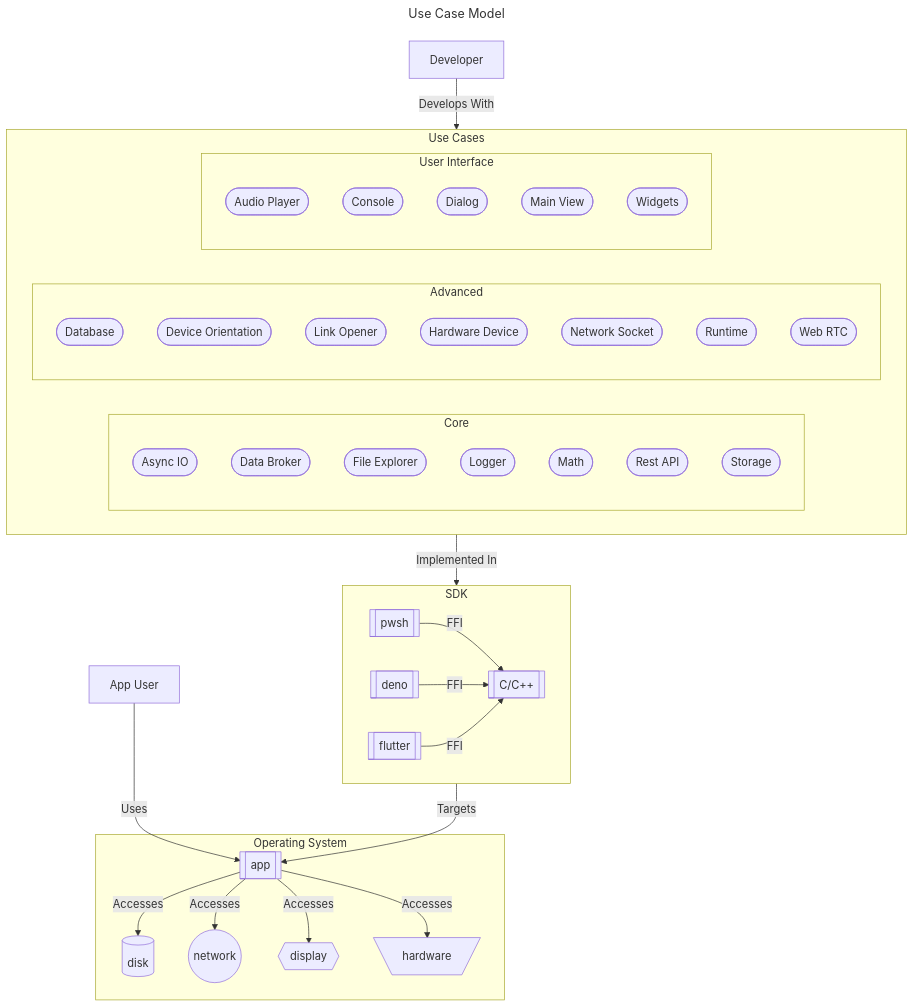
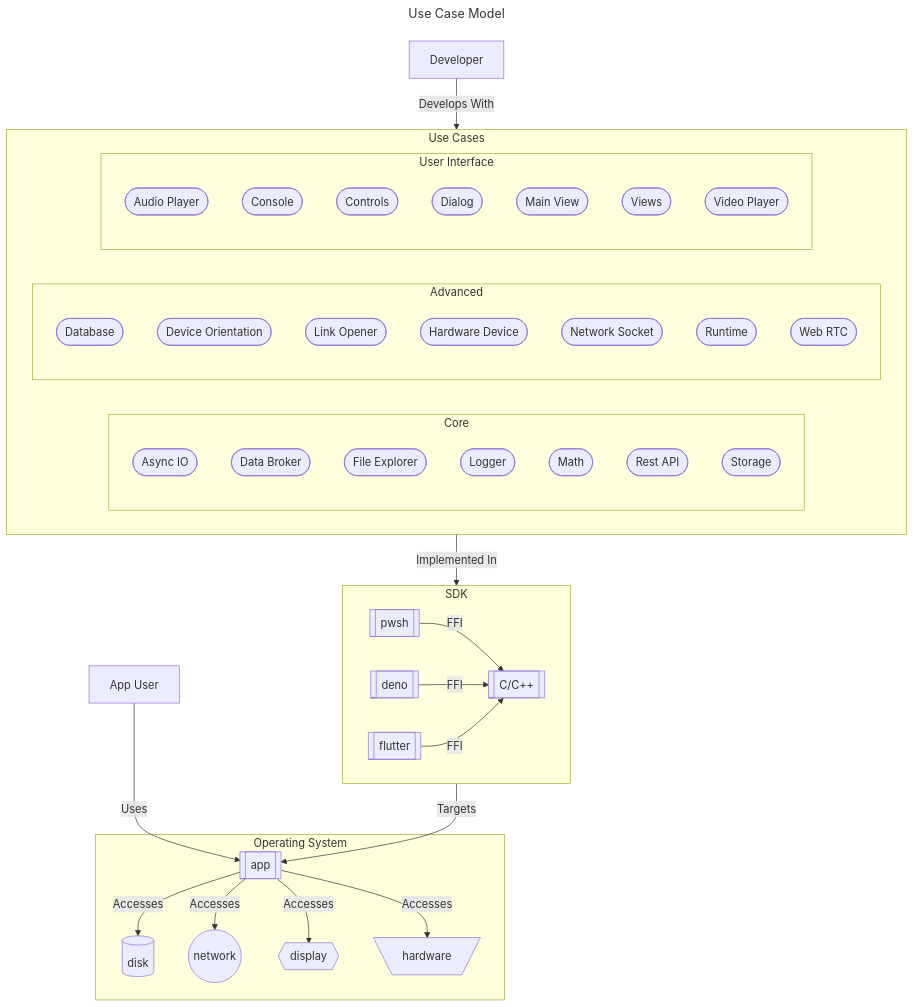
Before and after one commit to CodeMelted/codemelted_developer: the diagram in README.md, drawn with Mermaid. The commit also changed other lines of this file and 1 other file, not shown here.

Commit message:
Most of flutter module refactor from old play code completed. Updated use case models as I learn more. Will start fleshing out each of the use cases now and perfecting flutter documentation.

````diff
--- a/README.md
+++ b/README.md
@@ -29,57 +29,59 @@
 ```mermaid
 ---
 title: Use Case Model
 ---
 flowchart TD
     subgraph ucModel[Use Cases]
         subgraph Core
             ucAsyncIO([Async IO])
             ucDataBroker([Data Broker])
             ucFileExplorer([File Explorer])
             ucLogger([Logger])
             ucMath([Math])
             ucRestAPI([Rest API])
             ucStorage([Storage])
         end
         subgraph Advanced
             ucDatabase([Database])
             ucDeviceOrientation([Device Orientation])
             ucLinkOpener([Link Opener])
             ucHardwareDevice([Hardware Device])
             ucNetworkSocket([Network Socket])
             ucRuntime([Runtime])
             ucWebRTC([Web RTC])
         end
         subgraph User Interface
             ucAudio([Audio Player])
             ucConsole([Console])
+            ucControls([Controls])
             ucDialog([Dialog])
             ucMainView([Main View])
-            ucWidgets([Widgets])
+            ucViews([Views])
+            ucVideoPlayer([Video Player])
         end
     end
     subgraph sdk[SDK]
         pwsh[[pwsh]]
         deno[[deno]]
         flutter[[flutter]]
         C[[C/C++]]
     end
     subgraph os[Operating System]
         app[[app]]
         disk[(disk)]
         network((network))
         display{{display}}
         hardware[\hardware/]
     end
     Developer--Develops With-->ucModel
     pwsh--FFI-->C
     deno--FFI-->C
     flutter--FFI-->C
     ucModel--Implemented In-->sdk
     sdk--Targets-->app
     app--Accesses-->disk
     app--Accesses-->network
     app--Accesses-->display
     app--Accesses-->hardware
     appUser[App User]--Uses-->app
 ```
````
